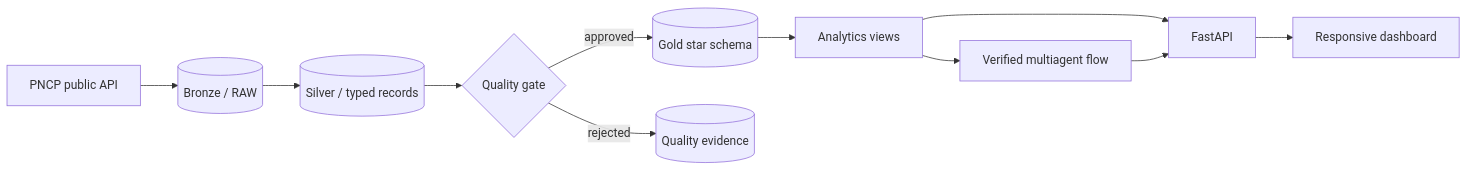
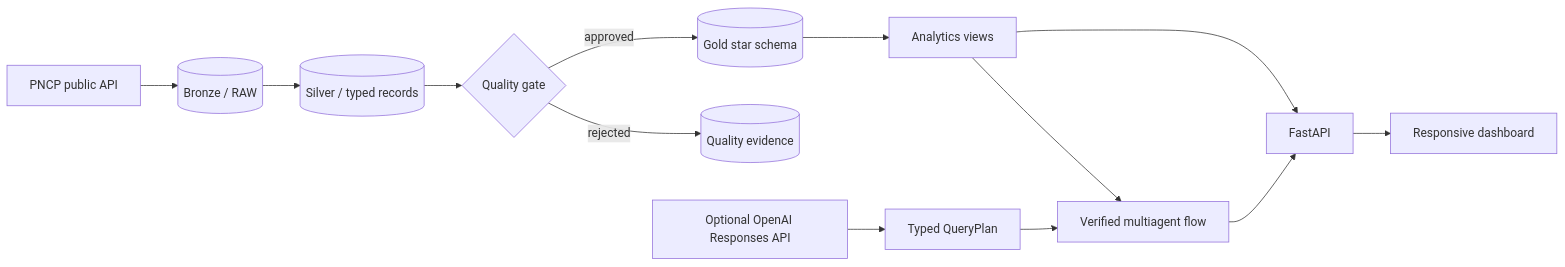
One commit to Sofiabns/govinsight-ai changed the diagram in docs/architecture.md. Above: the diagram before and after it, drawn with Mermaid. The commit also changed other lines of this file and 37 other files, not shown here.

````diff
--- a/docs/architecture.md
+++ b/docs/architecture.md
@@ -5,13 +5,15 @@
 ```mermaid
 flowchart LR
     PNCP[PNCP public API] --> RAW[(Bronze / RAW)]
     RAW --> SILVER[(Silver / typed records)]
     SILVER --> DQ{Quality gate}
     DQ -->|approved| GOLD[(Gold star schema)]
     DQ -->|rejected| EVIDENCE[(Quality evidence)]
     GOLD --> VIEWS[Analytics views]
     VIEWS --> API[FastAPI]
     VIEWS --> AGENTS[Verified multiagent flow]
+    LLM[Optional OpenAI Responses API] --> PLAN[Typed QueryPlan]
+    PLAN --> AGENTS
     API --> DASH[Responsive dashboard]
     AGENTS --> API
 ```
````
